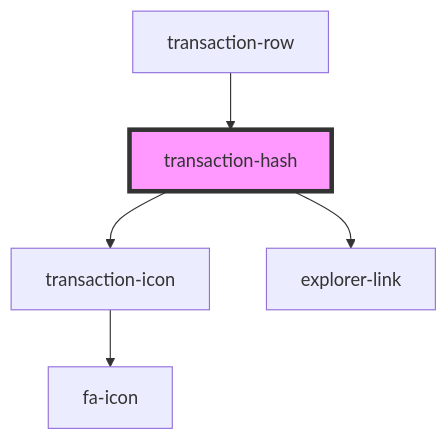
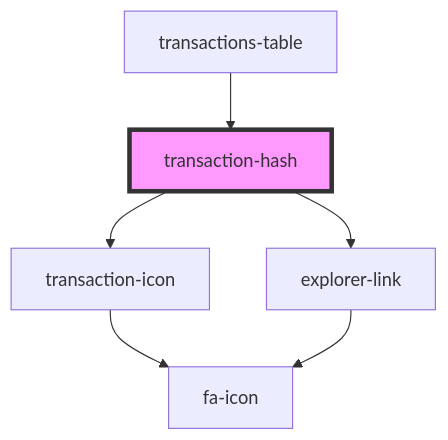
Before and after one commit to multiversx/mx-sdk-dapp-ui: the diagram in src/components/transactions-table/components/transaction-hash/readme.md, drawn with Mermaid. The commit also changed other lines of this file and 54 other files, not shown here.

Commit message:
Added transactions table styling

````diff
--- a/src/components/transactions-table/components/transaction-hash/readme.md
+++ b/src/components/transactions-table/components/transaction-hash/readme.md
@@ -28,8 +28,9 @@
 ```mermaid
 graph TD;
   transaction-hash --> transaction-icon
   transaction-hash --> explorer-link
   transaction-icon --> fa-icon
-  transaction-row --> transaction-hash
+  explorer-link --> fa-icon
+  transactions-table --> transaction-hash
   style transaction-hash fill:#f9f,stroke:#333,stroke-width:4px
 ```
````
